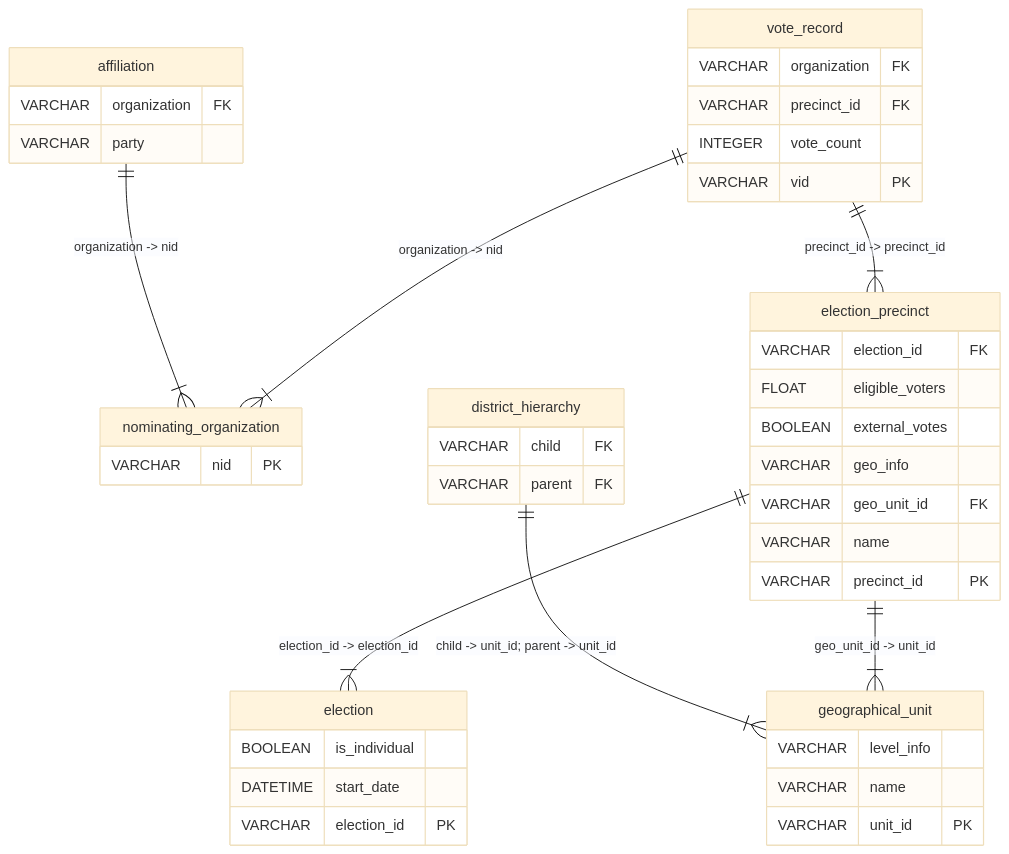
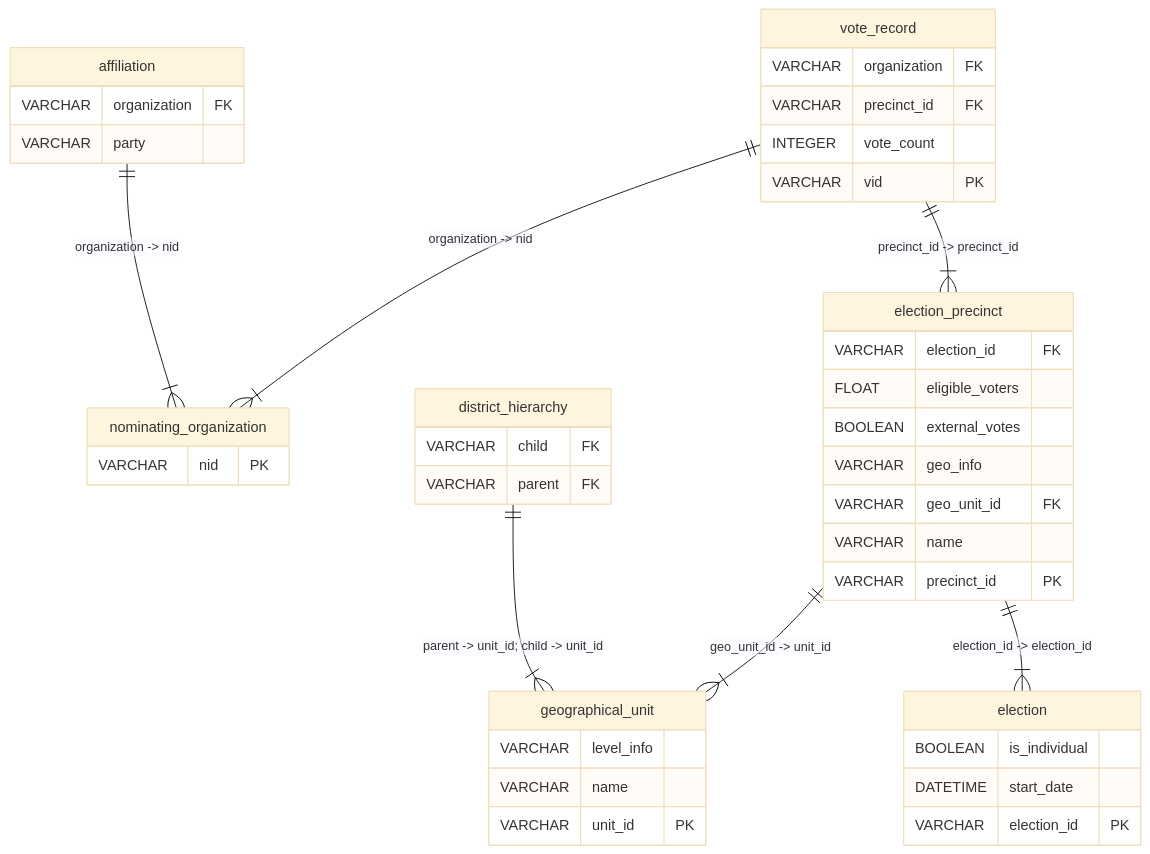
Before and after one commit to papsebestyen/explorer: the diagram in _sources/dataset-pages/hungarian_elections.md, drawn with Mermaid (base theme). The commit also changed other lines of this file and 24 other files, not shown here.

````diff
--- a/_sources/dataset-pages/hungarian_elections.md
+++ b/_sources/dataset-pages/hungarian_elections.md
@@ -22,45 +22,45 @@
 ```{mermaid}
 erDiagram
   affiliation {    
     VARCHAR organization FK     
     VARCHAR party  
   }
   nominating_organization {    
     VARCHAR nid PK 
   }
   district_hierarchy {    
     VARCHAR child FK     
     VARCHAR parent FK 
   }
   geographical_unit {    
     VARCHAR level_info      
     VARCHAR name      
     VARCHAR unit_id PK 
   }
   election {    
     BOOLEAN is_individual      
     DATETIME start_date      
     VARCHAR election_id PK 
   }
   election_precinct {    
     VARCHAR election_id FK     
     FLOAT eligible_voters      
     BOOLEAN external_votes      
     VARCHAR geo_info      
     VARCHAR geo_unit_id FK     
     VARCHAR name      
     VARCHAR precinct_id PK 
   }
   vote_record {    
     VARCHAR organization FK     
     VARCHAR precinct_id FK     
     INTEGER vote_count      
     VARCHAR vid PK 
   }
   affiliation ||--|{ nominating_organization : "organization -> nid"
-  district_hierarchy ||--|{ geographical_unit : "child -> unit_id; parent -> unit_id"
+  district_hierarchy ||--|{ geographical_unit : "parent -> unit_id; child -> unit_id"
+  election_precinct ||--|{ geographical_unit : "geo_unit_id -> unit_id"
   election_precinct ||--|{ election : "election_id -> election_id"
-  election_precinct ||--|{ geographical_unit : "geo_unit_id -> unit_id"
   vote_record ||--|{ election_precinct : "precinct_id -> precinct_id"
   vote_record ||--|{ nominating_organization : "organization -> nid"
 ```
````
